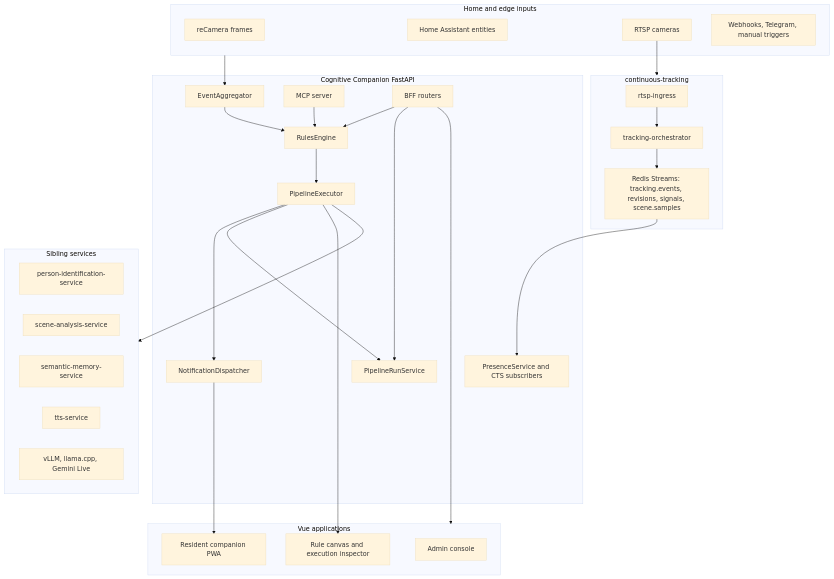
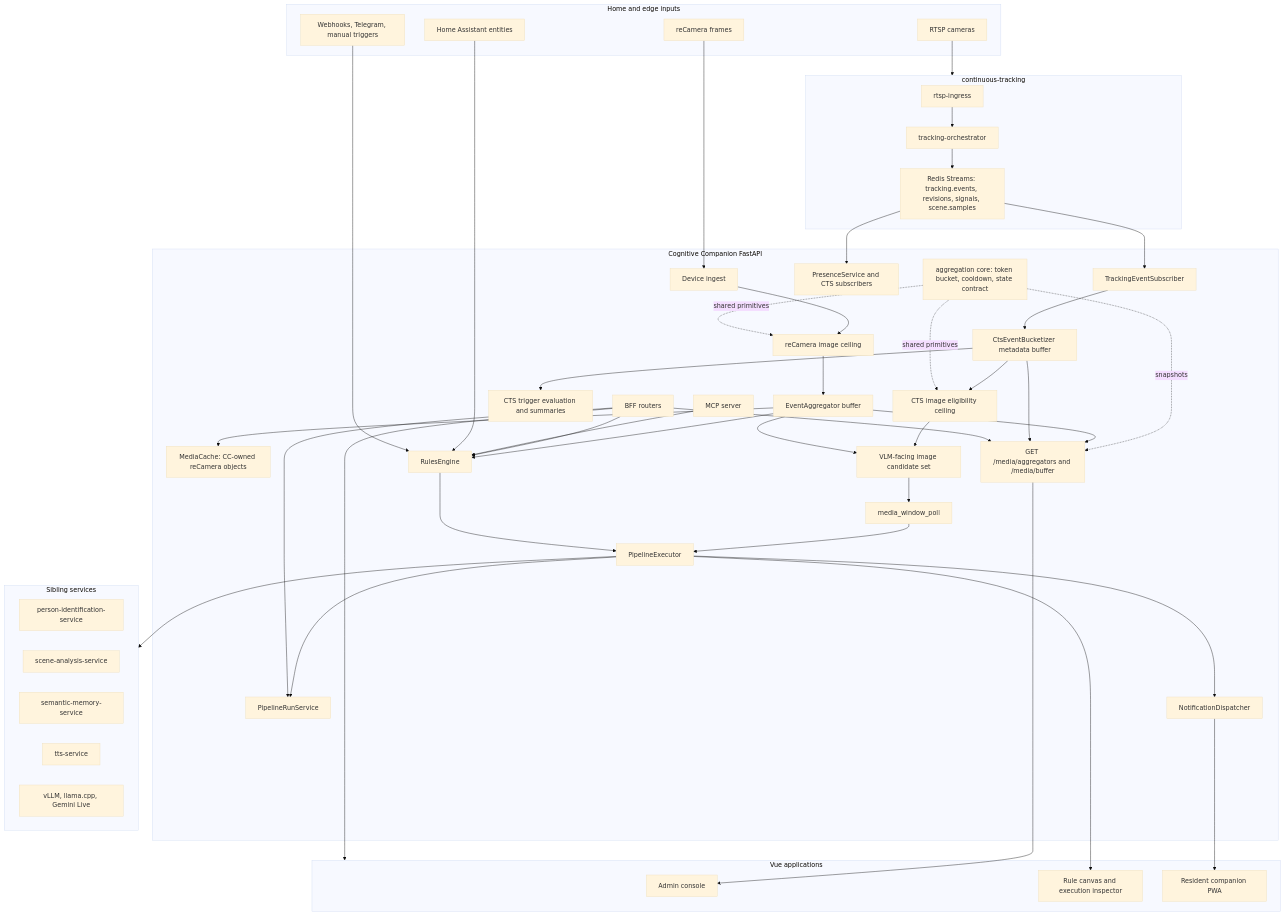
Before and after one commit to SilverMind-Project/cognitive-companion: the diagram in docs/systems-architecture.md, drawn with Mermaid (base theme). The commit also changed other lines of this file and 10 other files, not shown here.

````diff
--- a/docs/systems-architecture.md
+++ b/docs/systems-architecture.md
@@ -23,7 +23,18 @@
   end
 
   subgraph CC["Cognitive Companion FastAPI"]
-    Aggregator["EventAggregator"]
+    Device["Device ingest"]
+    Subscriber["TrackingEventSubscriber"]
+    Core["aggregation core: token bucket, cooldown, state contract"]
+    ReLimiter["reCamera image ceiling"]
+    Aggregator["EventAggregator buffer"]
+    MediaCache["MediaCache: CC-owned reCamera objects"]
+    CtsBuffer["CtsEventBucketizer metadata buffer"]
+    CtsLimiter["CTS image eligibility ceiling"]
+    TriggerEval["CTS trigger evaluation and summaries"]
+    ImageSet["VLM-facing image candidate set"]
+    MediaPoll["media_window_poll"]
+    MediaAPI["GET /media/aggregators and /media/buffer"]
     Rules["RulesEngine"]
     Executor["PipelineExecutor"]
     Runs["PipelineRunService"]
@@ -31,11 +42,26 @@
     Dispatcher["NotificationDispatcher"]
     MCP["MCP server"]
     API["BFF routers"]
-    Aggregator --> Rules --> Executor --> Dispatcher
+    Device --> ReLimiter --> Aggregator
+    Aggregator --> MediaCache
+    Aggregator --> Rules
+    Subscriber --> CtsBuffer
+    CtsBuffer --> TriggerEval
+    CtsBuffer --> CtsLimiter --> ImageSet
+    Aggregator --> ImageSet
+    ImageSet --> MediaPoll --> Executor
+    Core -. shared primitives .-> ReLimiter
+    Core -. shared primitives .-> CtsLimiter
+    Core -. snapshots .-> MediaAPI
+    Aggregator --> MediaAPI
+    CtsBuffer --> MediaAPI
+    Rules --> Executor --> Dispatcher
     Executor --> Runs
+    Streams --> Subscriber
     Streams --> Presence
     API --> Rules
     API --> Runs
+    API --> MediaAPI
     MCP --> Rules
   end
 
@@ -53,10 +79,13 @@
     LLM["vLLM, llama.cpp, Gemini Live"]
   end
 
-  Edge --> Aggregator
+  reCamera --> Device
+  HA --> Rules
+  Webhook --> Rules
   RTSP --> CTS
   Executor --> Services
   Dispatcher --> PWA
   API --> UI
+  MediaAPI --> Admin
   Executor --> Canvas
 ```
````
